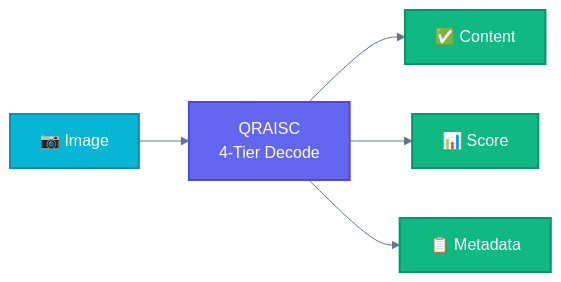
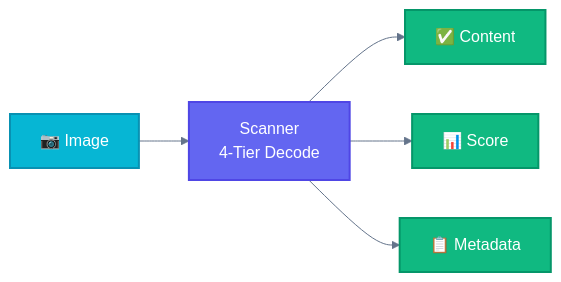
One commit to supernovae-ai/qrai-scanner changed the first of 10 diagrams in README.md. Above: the diagram before and after it, drawn with Mermaid. The commit also changed other lines of this file and 1 other file, not shown here.

First line of the commit message:
docs: standardize naming to "QR Code AI Scanner"

````diff
--- a/README.md
+++ b/README.md
@@ -31,12 +31,12 @@
 ```mermaid
 %%{init: {'theme': 'base', 'themeVariables': {'lineColor': '#64748b'}}}%%
 flowchart LR
     classDef input fill:#06b6d4,stroke:#0891b2,stroke-width:2px,color:#ffffff
     classDef process fill:#6366f1,stroke:#4f46e5,stroke-width:2px,color:#ffffff
     classDef output fill:#10b981,stroke:#059669,stroke-width:2px,color:#ffffff
 
-    A[📷 Image]:::input --> B[QRAISC<br>4-Tier Decode]:::process
+    A[📷 Image]:::input --> B[Scanner<br>4-Tier Decode]:::process
     B --> C[✅ Content]:::output
     B --> D[📊 Score]:::output
     B --> E[📋 Metadata]:::output
 ```
````
